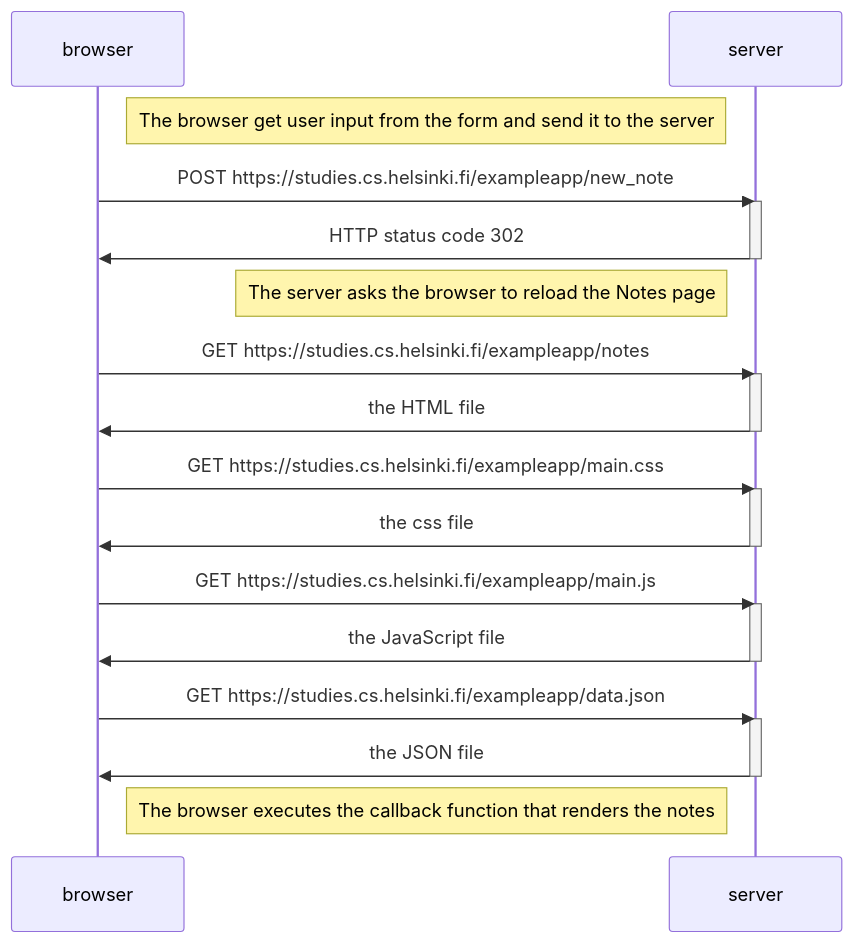
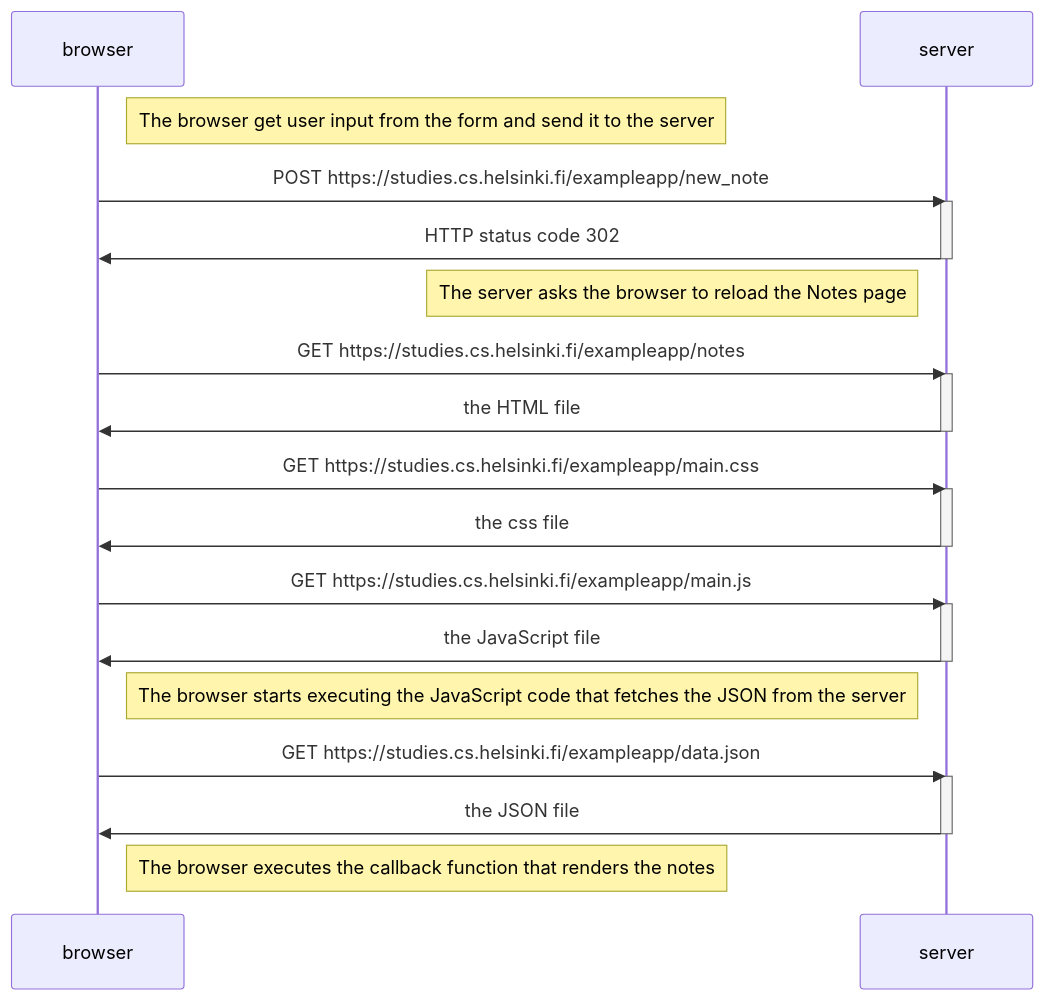
Before and after one commit to duongkhanhho/fullstack-open: the diagram in part0/exercise4.md, drawn with Mermaid. The commit also changed 1 other file, not shown here.

Commit message:
edited exercises 0.4 and 0.6

````diff
--- a/part0/exercise4.md
+++ b/part0/exercise4.md
@@ -1,39 +1,41 @@
 ```mermaid
 
 sequenceDiagram
    participant browser
    participant server
 
    Note right of browser: The browser get user input from the form and send it to the server
 
    browser->>server: POST https://studies.cs.helsinki.fi/exampleapp/new_note
    activate server
    server->>browser: HTTP status code 302
    deactivate server
 
    Note left of server: The server asks the browser to reload the Notes page
    browser->>server: GET https://studies.cs.helsinki.fi/exampleapp/notes
    activate server
    server->>browser: the HTML file
    deactivate server
 
 
    browser->>server: GET https://studies.cs.helsinki.fi/exampleapp/main.css
    activate server
    server->>browser: the css file
    deactivate server
 
 
    browser->>server: GET https://studies.cs.helsinki.fi/exampleapp/main.js
    activate server
    server->>browser: the JavaScript file
    deactivate server
 
+   Note right of browser: The browser starts executing the JavaScript code that fetches the JSON from the server
+
    browser->>server: GET https://studies.cs.helsinki.fi/exampleapp/data.json
    activate server
    server->>browser: the JSON file
    deactivate server
 
    Note right of browser: The browser executes the callback function that renders the notes
 
 ```
````
